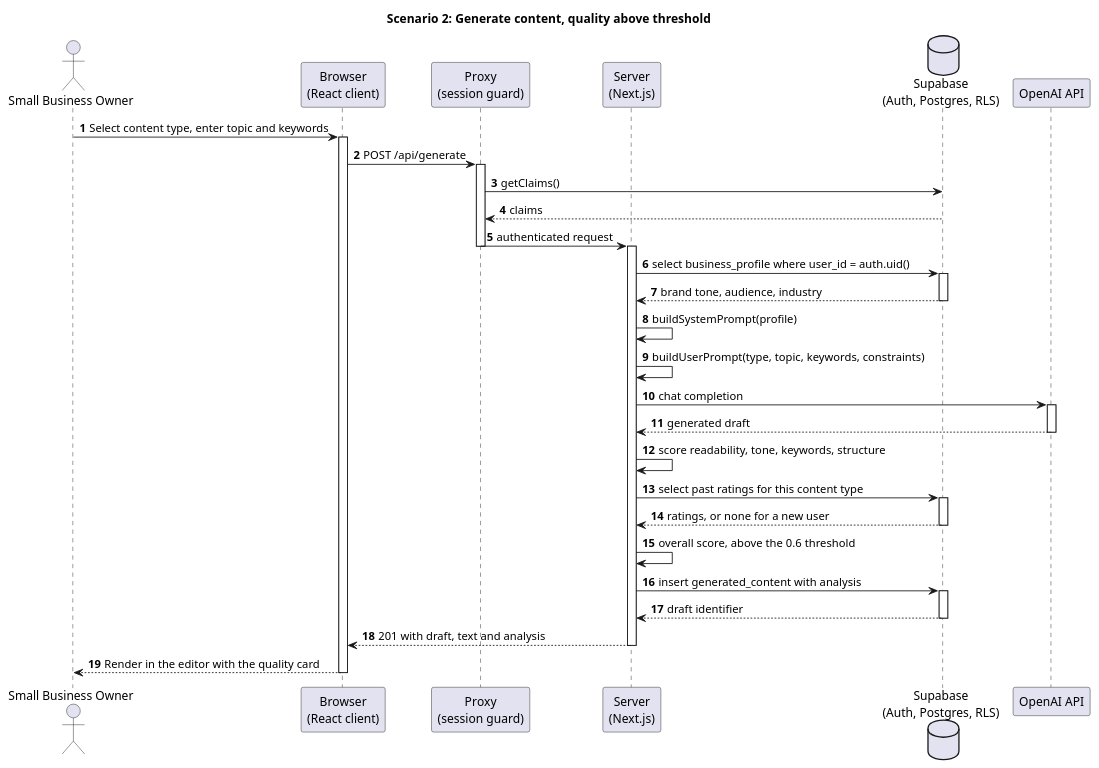
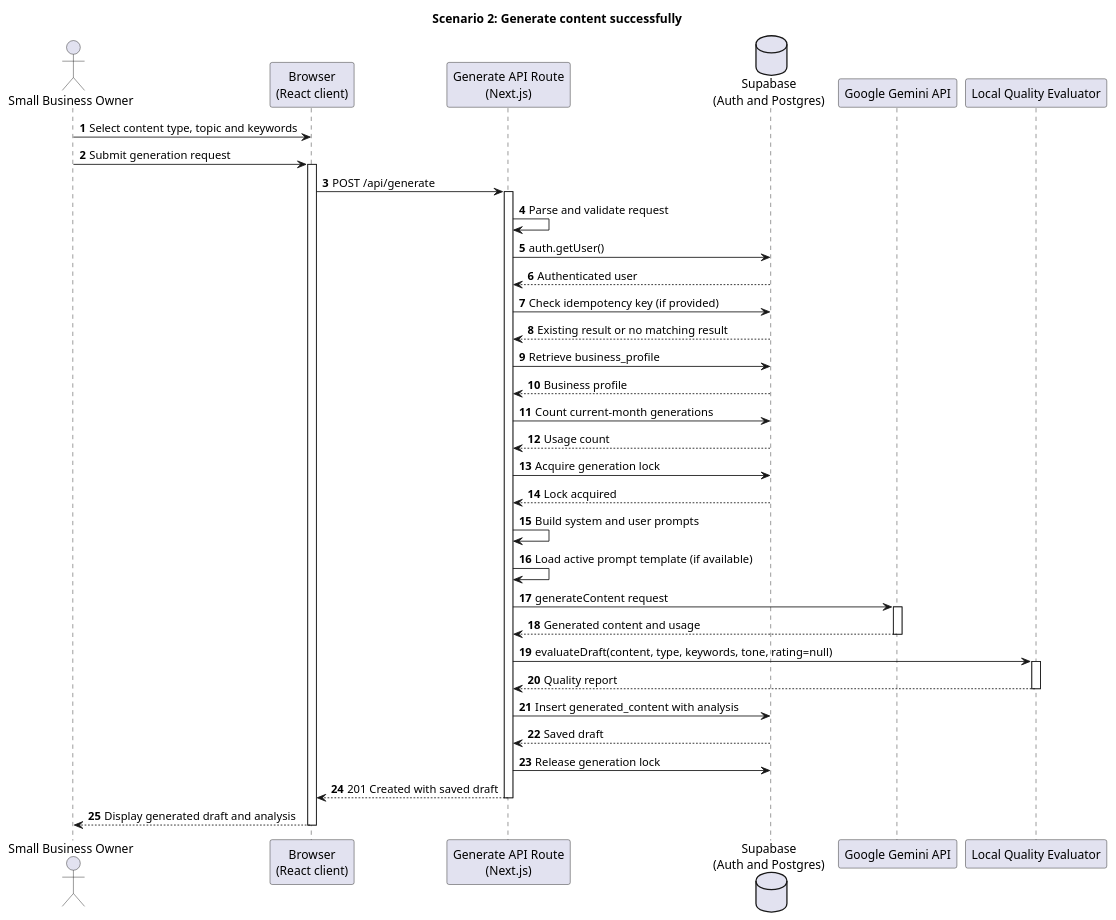
The second of 5 diagrams in docs/sections/05-sequence-diagrams.md (sub0xdai/vic-uni-capstone), drawn with PlantUML before and after one commit. The commit also changed other lines of this file and 7 other files, not shown here.

First line of the commit message:
docs: correct and render sequence diagrams (G1)

````diff
--- a/docs/sections/05-sequence-diagrams.md
+++ b/docs/sections/05-sequence-diagrams.md
@@ -65,54 +64,61 @@
 ```plantuml
 @startuml
-title Scenario 2: Generate content, quality above threshold
+title Scenario 2: Generate content successfully
 autonumber
 
-actor       "Small Business Owner"            as User
-participant "Browser\n(React client)"         as Browser
-participant "Proxy\n(session guard)"          as Proxy
-participant "Server\n(Next.js)"               as Server
-database    "Supabase\n(Auth, Postgres, RLS)" as Supabase
-participant "OpenAI API"                      as OpenAI
+actor "Small Business Owner" as User
+participant "Browser\n(React client)" as Browser
+participant "Generate API Route\n(Next.js)" as Server
+database "Supabase\n(Auth and Postgres)" as DB
+participant "Google Gemini API" as Gemini
+participant "Local Quality Evaluator" as Evaluator
 
-User    -> Browser   : Select content type, enter topic and keywords
+User -> Browser: Select content type, topic and keywords
+User -> Browser: Submit generation request
 activate Browser
-Browser -> Proxy     : POST /api/generate
-activate Proxy
-Proxy   -> Supabase  : getClaims()
-Supabase --> Proxy   : claims
-Proxy   -> Server    : authenticated request
-deactivate Proxy
+
+Browser -> Server: POST /api/generate
 activate Server
 
-Server  -> Supabase  : select business_profile where user_id = auth.uid()
-activate Supabase
-Supabase --> Server  : brand tone, audience, industry
-deactivate Supabase
+Server -> Server: Parse and validate request
+Server -> DB: auth.getUser()
+DB --> Server: Authenticated user
 
-Server  -> Server    : buildSystemPrompt(profile)
-Server  -> Server    : buildUserPrompt(type, topic, keywords, constraints)
+Server -> DB: Check idempotency key (if provided)
+DB --> Server: Existing result or no matching result
 
-Server  -> OpenAI    : chat completion
-activate OpenAI
-OpenAI  --> Server   : generated draft
-deactivate OpenAI
+Server -> DB: Retrieve business_profile
+DB --> Server: Business profile
 
-Server  -> Server    : score readability, tone, keywords, structure
-Server  -> Supabase  : select past ratings for this content type
-activate Supabase
-Supabase --> Server  : ratings, or none for a new user
-deactivate Supabase
-Server  -> Server    : overall score, above the 0.6 threshold
+Server -> DB: Count current-month generations
+DB --> Server: Usage count
 
-Server  -> Supabase  : insert generated_content with analysis
-activate Supabase
-Supabase --> Server  : draft identifier
-deactivate Supabase
+Server -> DB: Acquire generation lock
+DB --> Server: Lock acquired
 
-Server  --> Browser  : 201 with draft, text and analysis
+Server -> Server: Build system and user prompts
+Server -> Server: Load active prompt template (if available)
+
+Server -> Gemini: generateContent request
+activate Gemini
+Gemini --> Server: Generated content and usage
+deactivate Gemini
+
+Server -> Evaluator: evaluateDraft(content, type, keywords, tone, rating=null)
+activate Evaluator
+Evaluator --> Server: Quality report
+deactivate Evaluator
+
+Server -> DB: Insert generated_content with analysis
+DB --> Server: Saved draft
+
+Server -> DB: Release generation lock
+
+Server --> Browser: 201 Created with saved draft
 deactivate Server
-Browser --> User     : Render in the editor with the quality card
+
+Browser --> User: Display generated draft and analysis
 deactivate Browser
 
 @enduml
 ```
````
